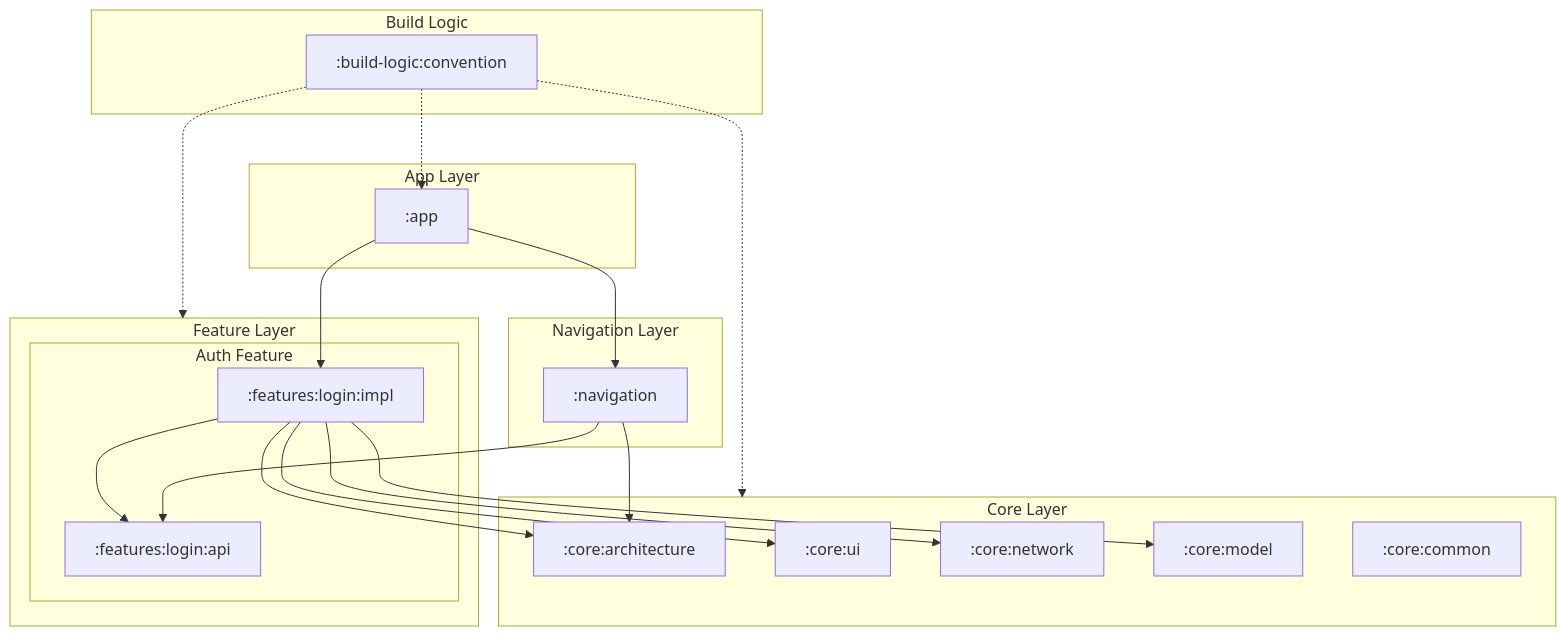
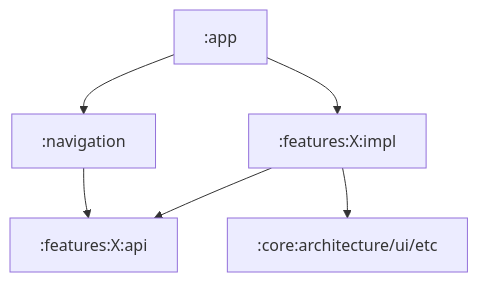
Before and after one commit to muharifandi/compose-mvi: the second of 2 diagrams in README.md, drawn with Mermaid. The commit also changed other lines of this file, not shown here.

Commit message:
docs: simplify README mermaid diagrams to fix rendering issues

````diff
--- a/README.md
+++ b/README.md
@@ -49,47 +42,14 @@
 ```mermaid
 graph TD
-    subgraph App_Layer [App Layer]
-        APP[":app"]
-    end
+    APP[":app"]
+    NAV[":navigation"]
+    API[":features:X:api"]
+    IMPL[":features:X:impl"]
+    CORE[":core:architecture/ui/etc"]
 
-    subgraph Navigation_Layer [Navigation Layer]
-        NAV[":navigation"]
-    end
-
-    subgraph Feature_Layer [Feature Layer]
-        subgraph Feature_Auth [Auth Feature]
-            AUTH_API[":features:login:api"]
-            AUTH_IMPL[":features:login:impl"]
-        end
-    end
-
-    subgraph Core_Layer [Core Layer]
-        CORE_ARC[":core:architecture"]
-        CORE_UI[":core:ui"]
-        CORE_NET[":core:network"]
-        CORE_MOD[":core:model"]
-        CORE_COM[":core:common"]
-    end
-
-    subgraph Build_Logic [Build Logic]
-        CONV[":build-logic:convention"]
-    end
-
-    %% Dependencies
-    APP --> AUTH_IMPL
+    APP --> IMPL
     APP --> NAV
-
-    AUTH_IMPL --> AUTH_API
-    AUTH_IMPL --> CORE_ARC
-    AUTH_IMPL --> CORE_UI
-    AUTH_IMPL --> CORE_NET
-    AUTH_IMPL --> CORE_MOD
-
-    NAV --> AUTH_API
-    NAV --> CORE_ARC
-
-    %% Build logic applied (Simplified)
-    CONV -.-> APP
-    CONV -.-> Feature_Layer
-    CONV -.-> Core_Layer
+    IMPL --> API
+    IMPL --> CORE
+    NAV --> API
 ```
````
